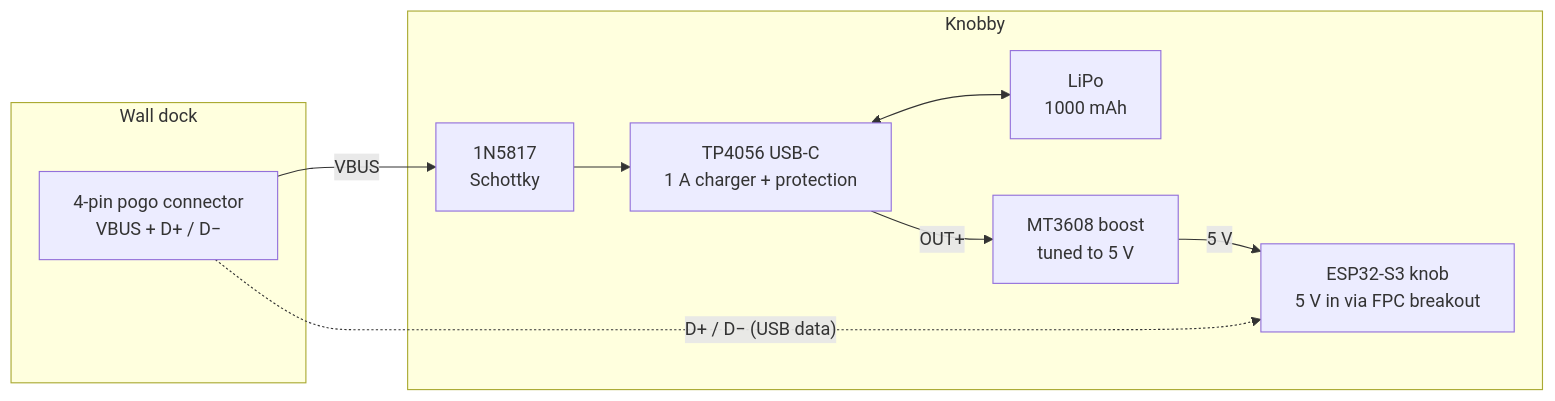
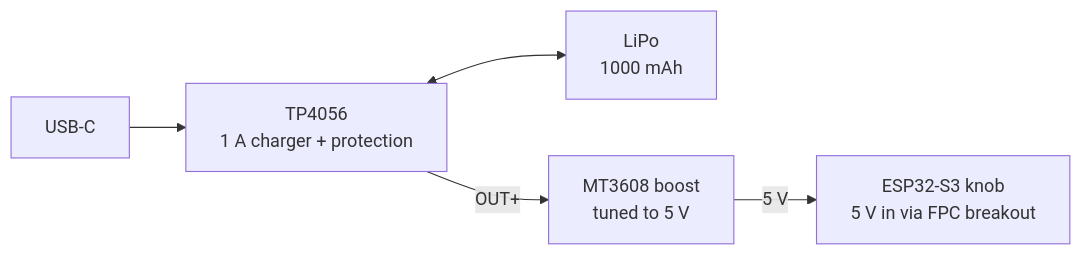
Before and after one commit to mattia-longobardo/Knobby: the diagram in README.md, drawn with Mermaid. The commit also changed other lines of this file and 2 other files, not shown here.

Commit message:
feat(case): replace wall dock with 3D-printable case (STEP, M3 screws)

````diff
--- a/README.md
+++ b/README.md
@@ -55,17 +52,6 @@
 ```mermaid
 flowchart LR
-    subgraph dock["Wall dock"]
-        POGO["4-pin pogo connector<br/>VBUS + D+ / D−"]
-    end
-    subgraph knobby["Knobby"]
-        DIODE["1N5817<br/>Schottky"]
-        TP["TP4056 USB-C<br/>1 A charger + protection"]
-        BAT["LiPo<br/>1000 mAh"]
-        BOOST["MT3608 boost<br/>tuned to 5 V"]
-        ESP["ESP32-S3 knob<br/>5 V in via FPC breakout"]
-    end
-    POGO -->|VBUS| DIODE --> TP
-    TP <--> BAT
-    TP -->|OUT+| BOOST -->|5 V| ESP
-    POGO -.->|"D+ / D− (USB data)"| ESP
+    USB["USB-C"] --> TP["TP4056<br/>1 A charger + protection"]
+    TP <--> BAT["LiPo<br/>1000 mAh"]
+    TP -->|OUT+| BOOST["MT3608 boost<br/>tuned to 5 V"] -->|5 V| ESP["ESP32-S3 knob<br/>5 V in via FPC breakout"]
 ```
````
